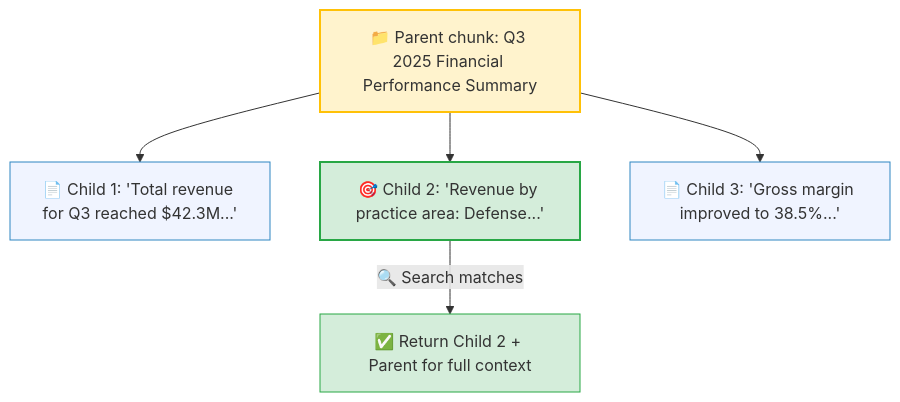
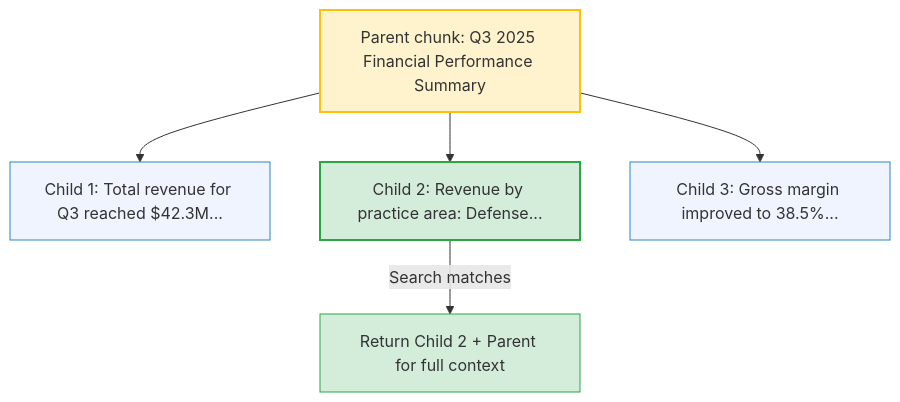
One commit to ithinktavo/GenAI-Engineering-Handbook changed the third of 10 diagrams in docs/04-rag-deep-dive.md. Above: the diagram before and after it, drawn with Mermaid. The commit also changed other lines of this file and 10 other files, not shown here.

Commit message:
Diagram updates

````diff
--- a/docs/04-rag-deep-dive.md
+++ b/docs/04-rag-deep-dive.md
@@ -142,19 +142,19 @@
 ```mermaid
 graph TD
-    P["📁 Parent chunk: Q3 2025 Financial Performance Summary"]
-    C1["📄 Child 1: 'Total revenue for Q3 reached $42.3M...'"]
-    C2["🎯 Child 2: 'Revenue by practice area: Defense...'"]
-    C3["📄 Child 3: 'Gross margin improved to 38.5%...'"]
-    R["✅ Return Child 2 + Parent for full context"]
+    P["Parent chunk: Q3 2025 Financial Performance Summary"]
+    C1["Child 1: Total revenue for Q3 reached $42.3M..."]
+    C2["Child 2: Revenue by practice area: Defense..."]
+    C3["Child 3: Gross margin improved to 38.5%..."]
+    R["Return Child 2 + Parent for full context"]
 
     P --> C1
     P --> C2
     P --> C3
-    C2 -->|"🔍 Search matches"| R
+    C2 -->|"Search matches"| R
 
     style P fill:#fff3cd,stroke:#ffc107,stroke-width:2px
     style C1 fill:#f0f4ff,stroke:#2E86C1
     style C2 fill:#d4edda,stroke:#28a745,stroke-width:2px
     style C3 fill:#f0f4ff,stroke:#2E86C1
     style R fill:#d4edda,stroke:#28a745
 ```
````
